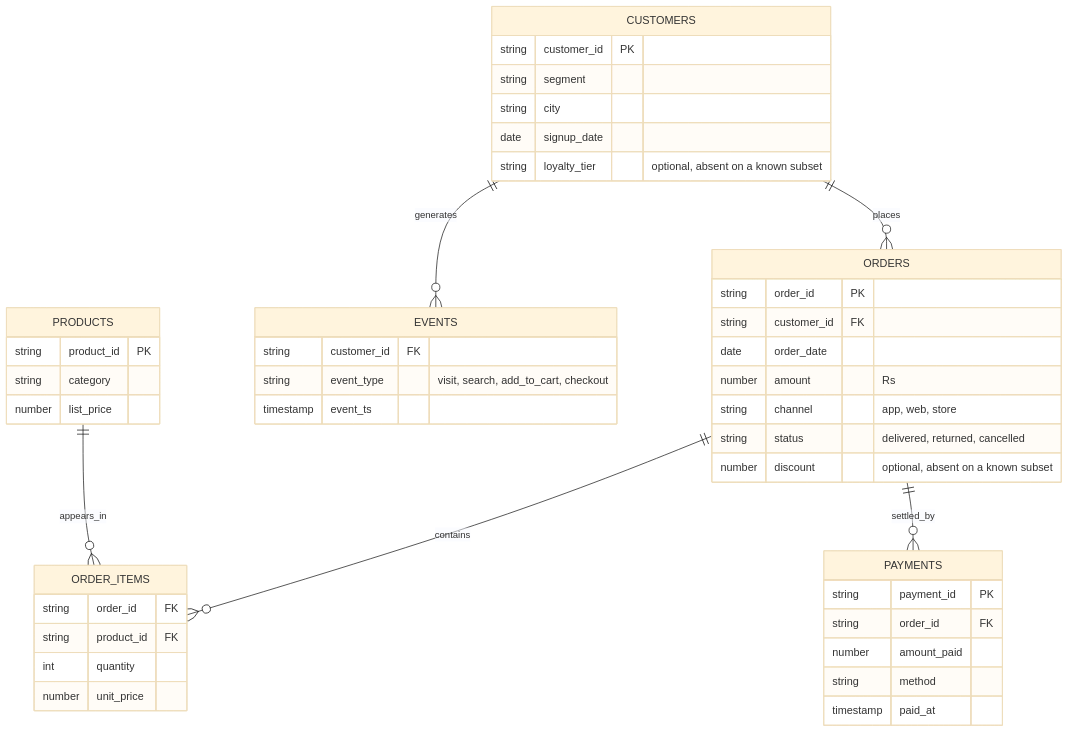
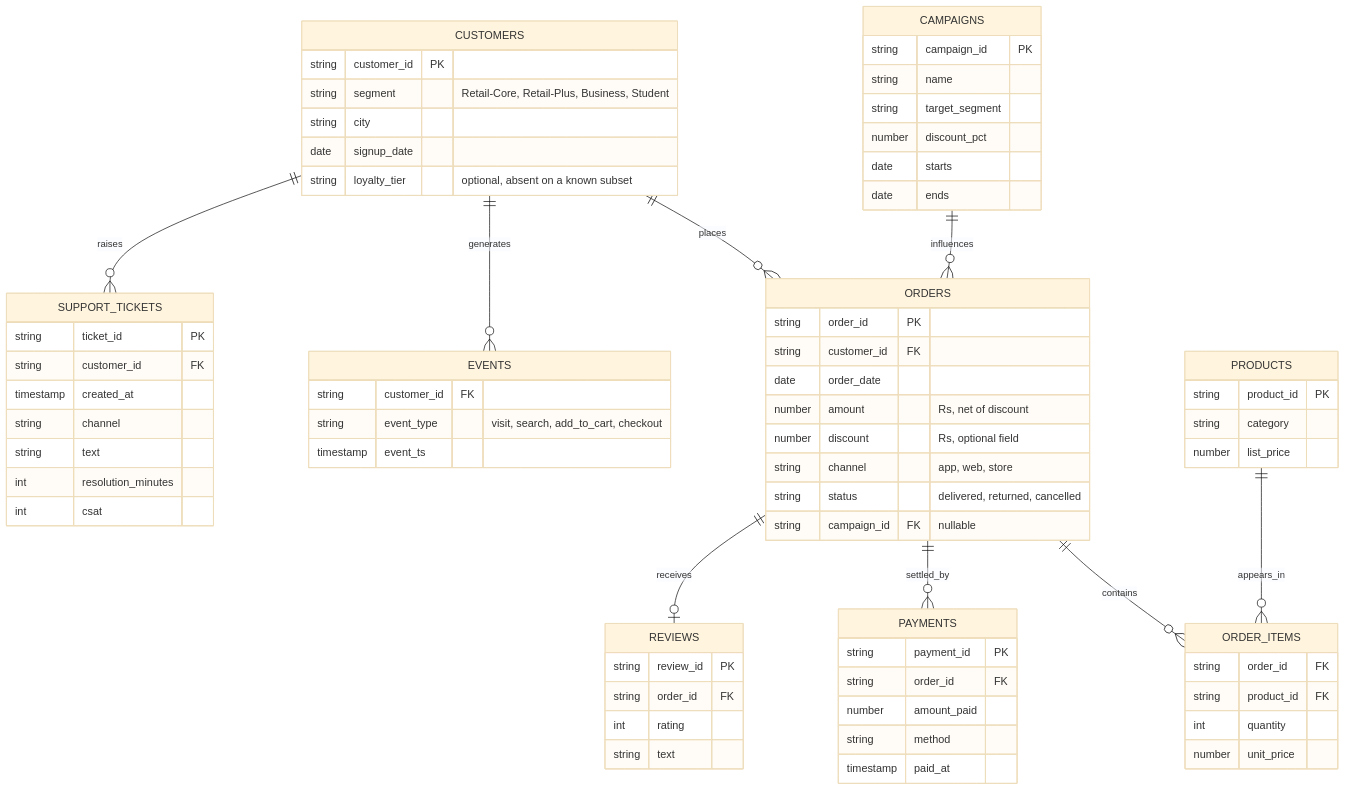
Before and after one commit to fde-academy-lab/c2-content-factory: the diagram in docs/07_Client_Zero.md, drawn with Mermaid (base theme). The commit also changed other lines of this file and 29 other files, not shown here.

````diff
--- a/docs/07_Client_Zero.md
+++ b/docs/07_Client_Zero.md
@@ -52,47 +155,74 @@
 ```mermaid
 erDiagram
     CUSTOMERS ||--o{ ORDERS : places
     CUSTOMERS ||--o{ EVENTS : generates
+    CUSTOMERS ||--o{ SUPPORT_TICKETS : raises
     ORDERS ||--o{ ORDER_ITEMS : contains
     ORDERS ||--o{ PAYMENTS : settled_by
+    ORDERS ||--o| REVIEWS : receives
     PRODUCTS ||--o{ ORDER_ITEMS : appears_in
+    CAMPAIGNS ||--o{ ORDERS : influences
     CUSTOMERS {
         string customer_id PK
-        string segment
+        string segment "Retail-Core, Retail-Plus, Business, Student"
         string city
         date signup_date
         string loyalty_tier "optional, absent on a known subset"
     }
     ORDERS {
         string order_id PK
         string customer_id FK
         date order_date
-        number amount "Rs"
+        number amount "Rs, net of discount"
+        number discount "Rs, optional field"
         string channel "app, web, store"
         string status "delivered, returned, cancelled"
-        number discount "optional, absent on a known subset"
+        string campaign_id FK "nullable"
     }
     ORDER_ITEMS {
         string order_id FK
         string product_id FK
         int quantity
         number unit_price
     }
     PAYMENTS {
         string payment_id PK
         string order_id FK
         number amount_paid
         string method
         timestamp paid_at
     }
     PRODUCTS {
         string product_id PK
         string category
         number list_price
     }
     EVENTS {
         string customer_id FK
         string event_type "visit, search, add_to_cart, checkout"
         timestamp event_ts
     }
+    CAMPAIGNS {
+        string campaign_id PK
+        string name
+        string target_segment
+        number discount_pct
+        date starts
+        date ends
+    }
+    SUPPORT_TICKETS {
+        string ticket_id PK
+        string customer_id FK
+        timestamp created_at
+        string channel
+        string text
+        int resolution_minutes
+        int csat
+    }
+    REVIEWS {
+        string review_id PK
+        string order_id FK
+        int rating
+        string text
+    }
 ```
````
